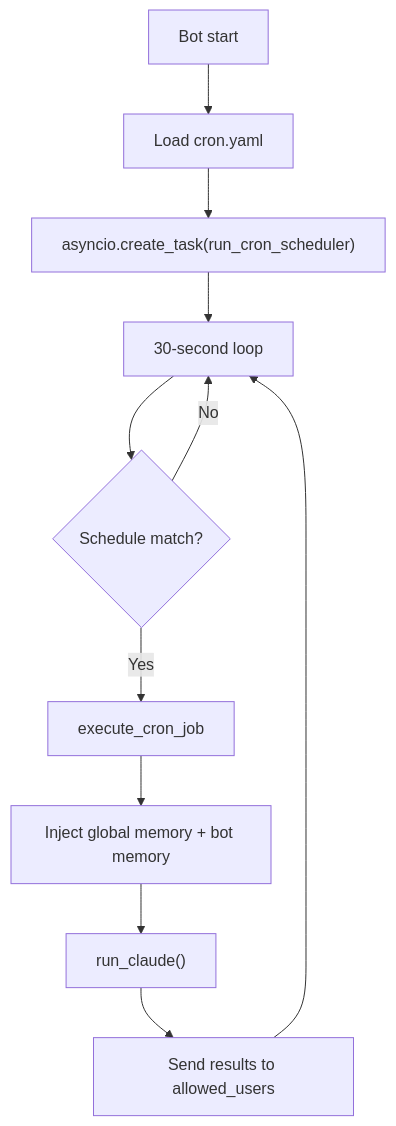
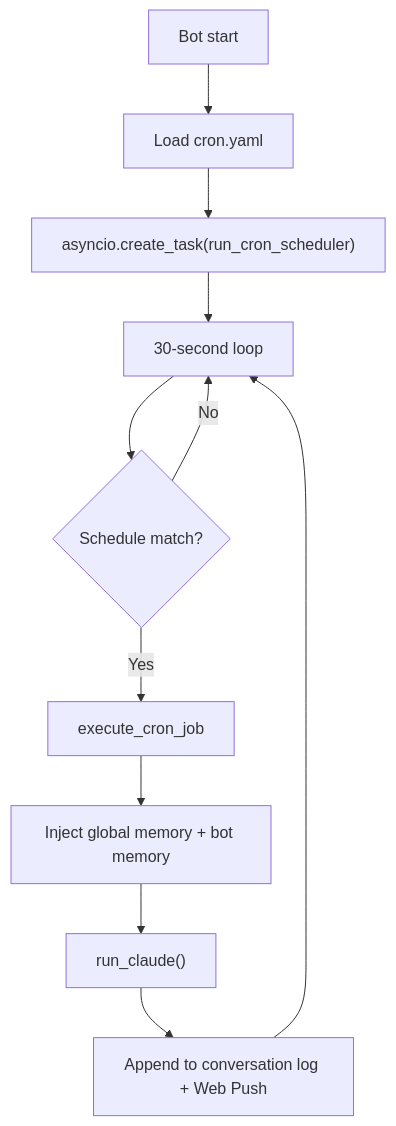
The seventh of 9 diagrams in docs/ARCHITECTURE.md (heg-wtf/abyss), drawn with Mermaid before and after one commit. The commit also changed other lines of this file and 4 other files, not shown here.

````diff
--- a/docs/ARCHITECTURE.md
+++ b/docs/ARCHITECTURE.md
@@ -521,13 +488,13 @@
 ```mermaid
 graph TD
     START[Bot start] --> LOAD[Load cron.yaml]
     LOAD --> TASK["asyncio.create_task(run_cron_scheduler)"]
     TASK --> LOOP[30-second loop]
     LOOP --> MATCH{Schedule match?}
     MATCH -->|Yes| EXEC[execute_cron_job]
     MATCH -->|No| LOOP
     EXEC --> INJECT[Inject global memory + bot memory]
     INJECT --> RUN["run_claude()"]
-    RUN --> SEND[Send results to allowed_users]
+    RUN --> SEND[Append to conversation log + Web Push]
     SEND --> LOOP
 ```
````
